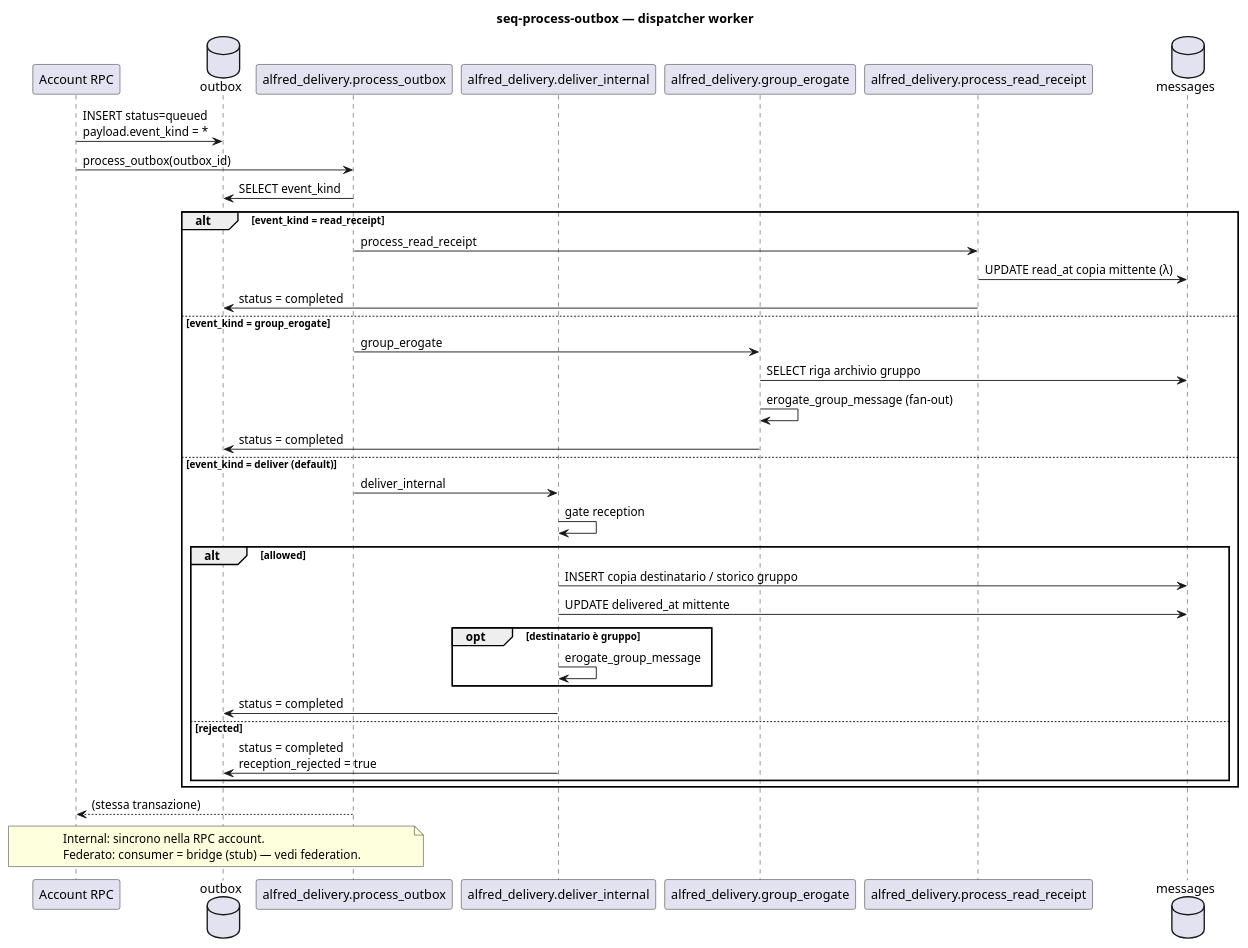
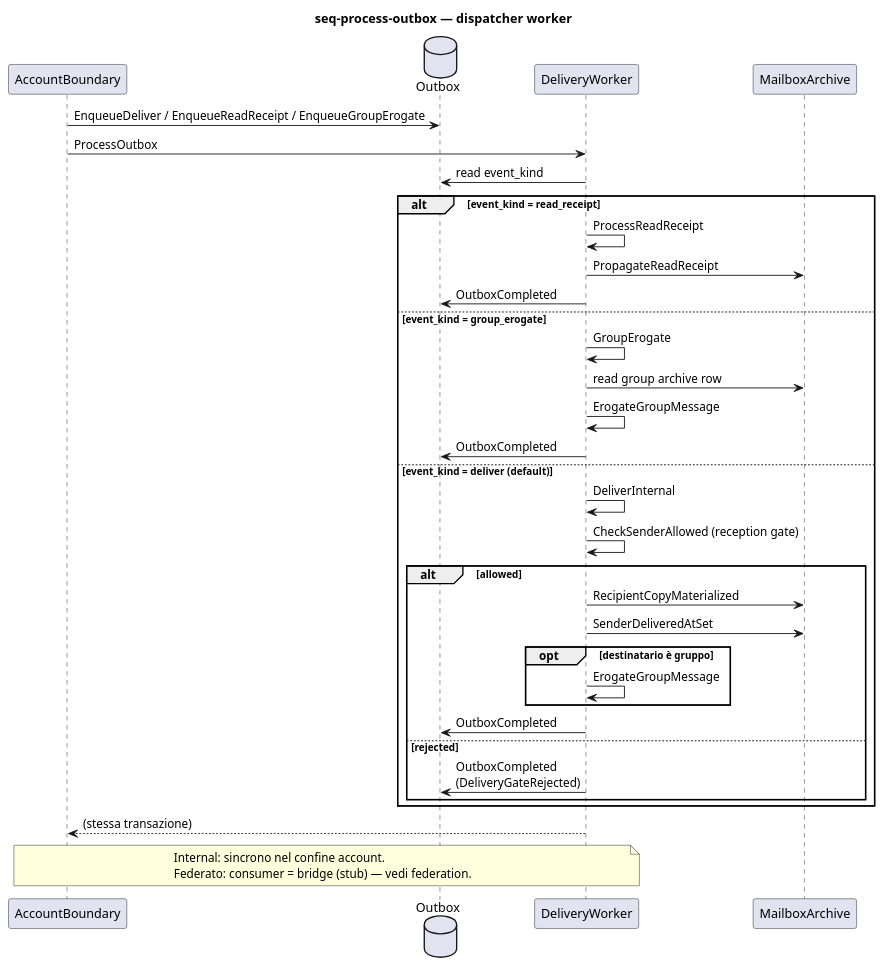
Before and after one commit to alfred-im/XmppTest: the diagram in docs/model/uml/delivery/seq-process-outbox.puml, drawn with PlantUML. The commit also changed 48 other files, not shown here.

```diff
--- a/docs/model/uml/delivery/seq-process-outbox.puml
+++ b/docs/model/uml/delivery/seq-process-outbox.puml
@@ -1,53 +1,51 @@
 @startuml seq-process-outbox
 ' Context: delivery
+' Profile: platform
 ' Command: ProcessOutbox
 ' SDD: SYS-DELIVERY-011
-' Revision: 2026-07-18
+' Revision: 2026-07-19
 
 title seq-process-outbox — dispatcher worker
 
-participant "Account RPC" as RPC
-database "outbox" as OB
-participant "alfred_delivery.process_outbox" as PO
-participant "alfred_delivery.deliver_internal" as DI
-participant "alfred_delivery.group_erogate" as GE
-participant "alfred_delivery.process_read_receipt" as PR
-database "messages" as MSG
+participant "AccountBoundary" as AB
+database "Outbox" as OB
+participant "DeliveryWorker" as DW
+participant "MailboxArchive" as MSG
 
-RPC -> OB : INSERT status=queued\npayload.event_kind = *
-RPC -> PO : process_outbox(outbox_id)
+AB -> OB : EnqueueDeliver / EnqueueReadReceipt / EnqueueGroupErogate
+AB -> DW : ProcessOutbox
 
-PO -> OB : SELECT event_kind
+DW -> OB : read event_kind
 
 alt event_kind = read_receipt
-  PO -> PR : process_read_receipt
-  PR -> MSG : UPDATE read_at copia mittente (λ)
-  PR -> OB : status = completed
+  DW -> DW : ProcessReadReceipt
+  DW -> MSG : PropagateReadReceipt
+  DW -> OB : OutboxCompleted
 else event_kind = group_erogate
-  PO -> GE : group_erogate
-  GE -> MSG : SELECT riga archivio gruppo
-  GE -> GE : erogate_group_message (fan-out)
-  GE -> OB : status = completed
+  DW -> DW : GroupErogate
+  DW -> MSG : read group archive row
+  DW -> DW : ErogateGroupMessage
+  DW -> OB : OutboxCompleted
 else event_kind = deliver (default)
-  PO -> DI : deliver_internal
-  DI -> DI : gate reception
+  DW -> DW : DeliverInternal
+  DW -> DW : CheckSenderAllowed (reception gate)
   alt allowed
-    DI -> MSG : INSERT copia destinatario / storico gruppo
-    DI -> MSG : UPDATE delivered_at mittente
+    DW -> MSG : RecipientCopyMaterialized
+    DW -> MSG : SenderDeliveredAtSet
     opt destinatario è gruppo
-      DI -> DI : erogate_group_message
+      DW -> DW : ErogateGroupMessage
     end
-    DI -> OB : status = completed
+    DW -> OB : OutboxCompleted
   else rejected
-    DI -> OB : status = completed\nreception_rejected = true
+    DW -> OB : OutboxCompleted\n(DeliveryGateRejected)
   end
 end
 
-PO --> RPC : (stessa transazione)
+DW --> AB : (stessa transazione)
 
-note over RPC, PO
-  Internal: sincrono nella RPC account.
+note over AB, DW
+  Internal: sincrono nel confine account.
   Federato: consumer = bridge (stub) — vedi federation.
 end note
 
 @enduml
```
